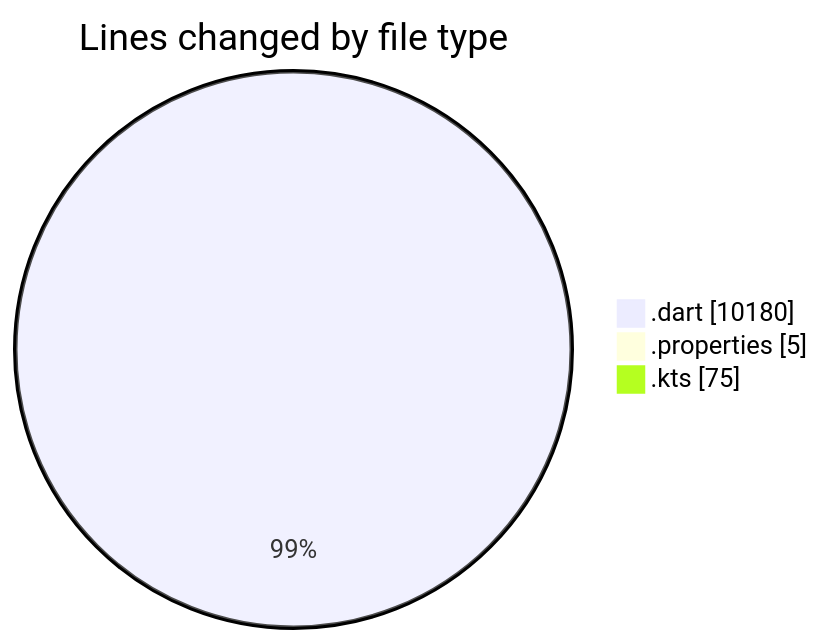
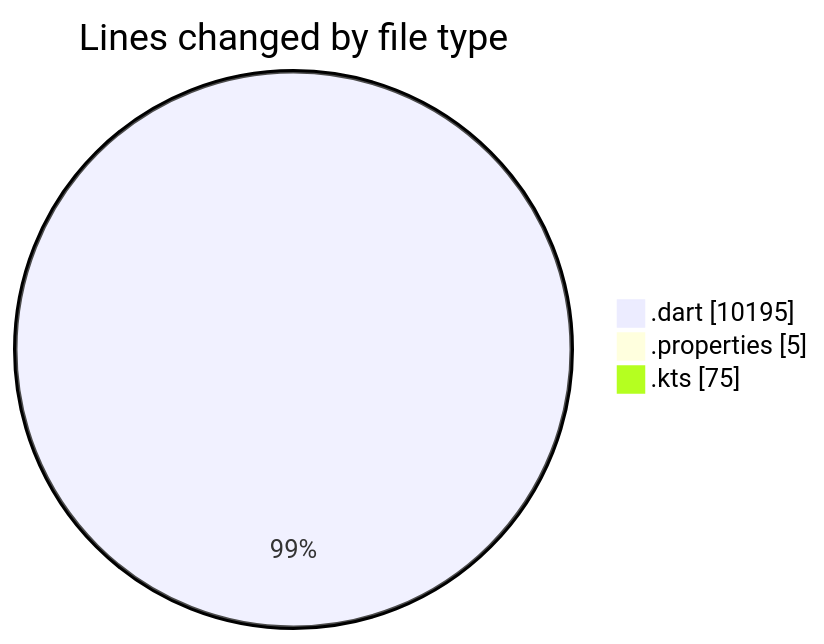
The first of 2 diagrams in 2025-08-25/studybuddy/README.md (lephambinh05/code-tracking), drawn with Mermaid before and after one commit. The commit also changed other lines of this file and 1 other file, not shown here.

````diff
--- a/2025-08-25/studybuddy/README.md
+++ b/2025-08-25/studybuddy/README.md
@@ -48,7 +48,7 @@
 ```mermaid
 pie showData
 title Lines changed by file type
-".dart" : 10180
+".dart" : 10195
 ".properties" : 5
 ".kts" : 75
 ```
````
